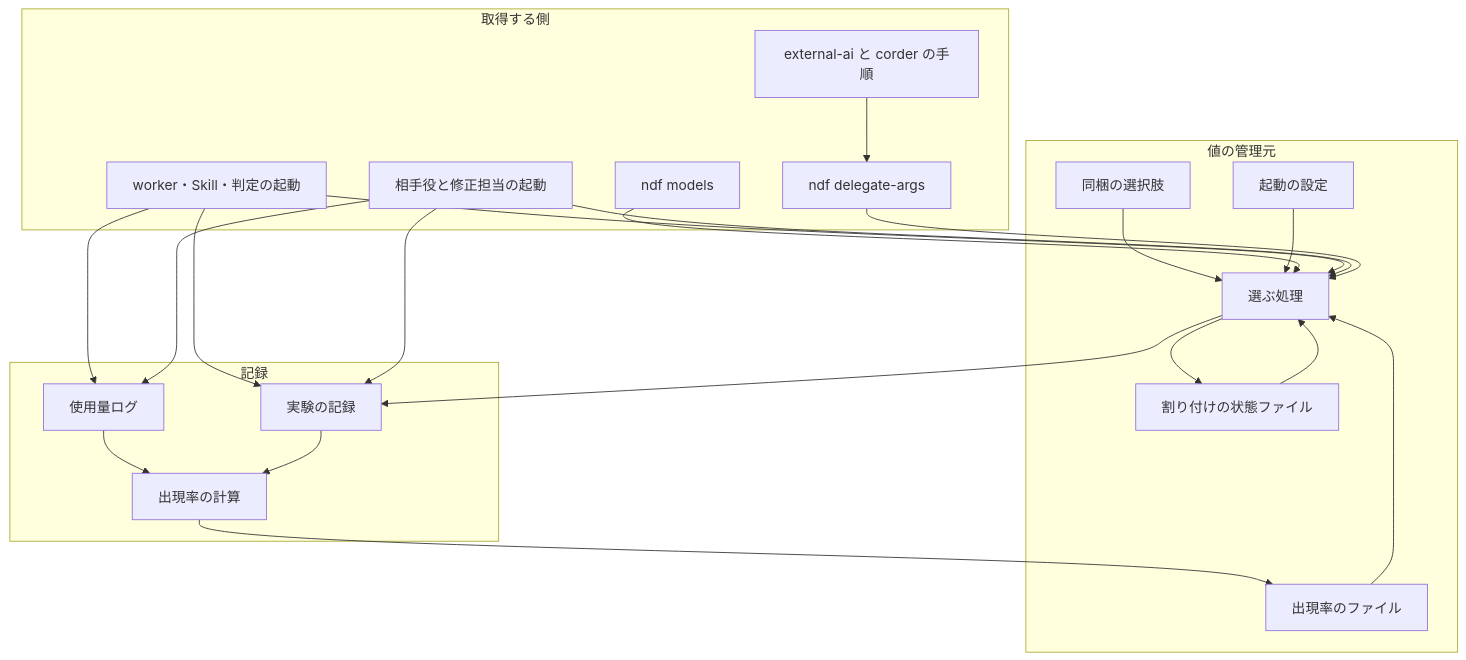
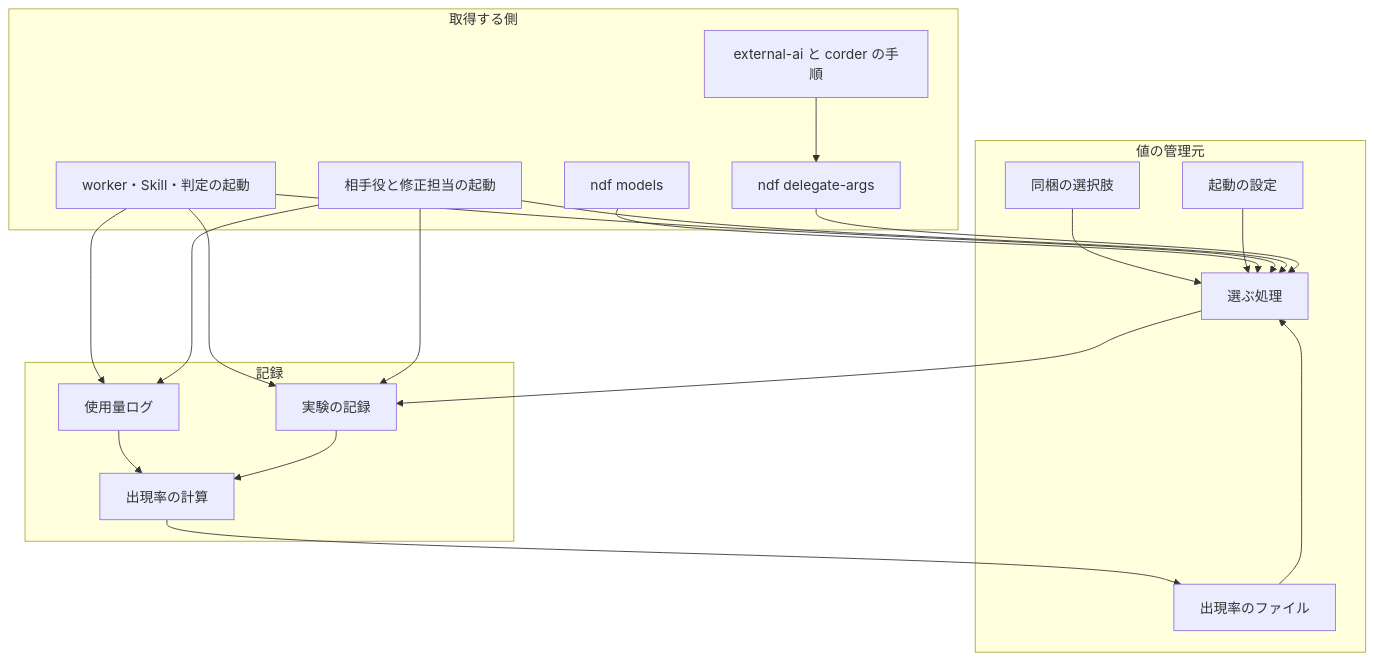
Before and after one commit to devbasex/ai-plugins: the third of 4 diagrams in issues/issue-2944-design.md, drawn with Mermaid. The commit also changed other lines of this file and 4 other files, not shown here.

````diff
--- a/issues/issue-2944-design.md
+++ b/issues/issue-2944-design.md
@@ -172,30 +171,29 @@
 ```mermaid
 graph TD
     subgraph 値の管理元
         T[同梱の選択肢]
         P[起動の設定]
         F[出現率のファイル]
-        Q[割り付けの状態ファイル]
         R[選ぶ処理]
     end
     subgraph 取得する側
         M[ndf models]
         D[ndf delegate-args]
         W[worker・Skill・判定の起動]
         S[相手役と修正担当の起動]
         E[external-ai と corder の手順]
     end
     subgraph 記録
         U[使用量ログ]
         X[実験の記録]
         B[出現率の計算]
     end
-    T & P & F & Q --> R
+    T & P & F --> R
     M & W & S --> R
     E --> D
     D --> R
-    R --> X & Q
+    R --> X
     W & S --> U
     W & S --> X
     U & X --> B --> F
 ```
````
